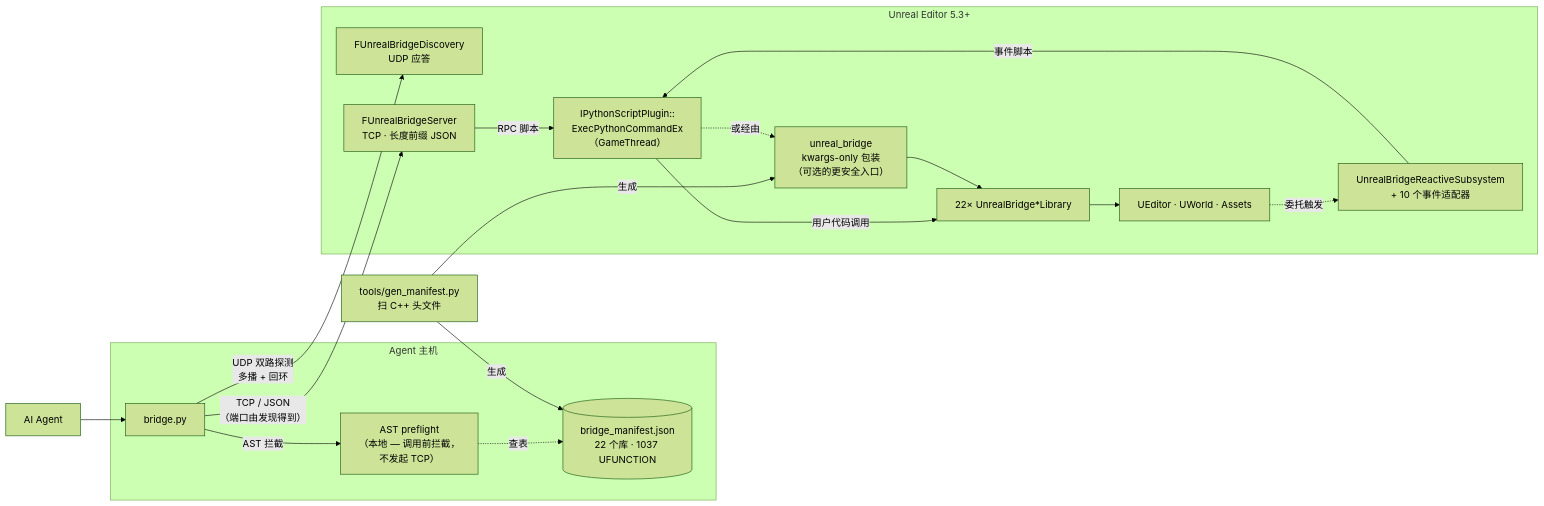
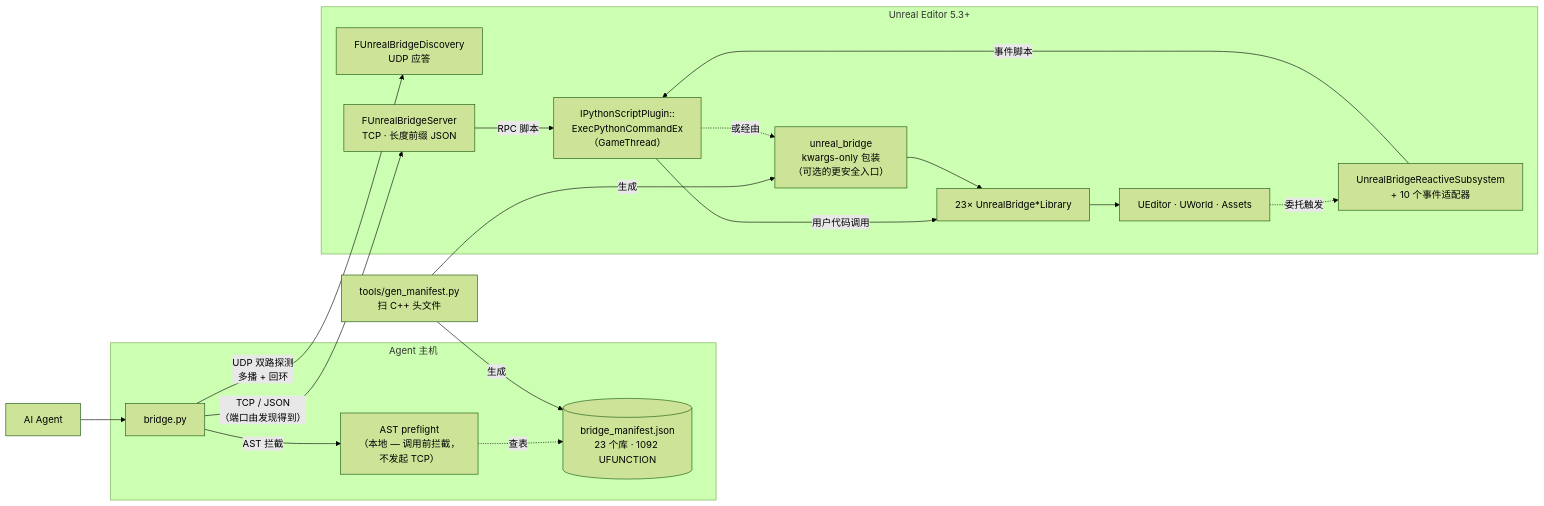
One commit to Tommy1213888/UnrealBridge changed the diagram in README.zh-CN.md. Above: the diagram before and after it, drawn with Mermaid (forest theme). The commit also changed other lines of this file and 13 other files, not shown here.

````diff
--- a/README.zh-CN.md
+++ b/README.zh-CN.md
@@ -41,40 +41,40 @@
 ```mermaid
 flowchart LR
     Agent["AI Agent"]
 
     subgraph Host["Agent 主机"]
       CLI["bridge.py"]
       Pre["AST preflight<br/>（本地 — 调用前拦截，<br/>不发起 TCP）"]
-      Mani[("bridge_manifest.json<br/>22 个库 · 1037 UFUNCTION")]
+      Mani[("bridge_manifest.json<br/>23 个库 · 1092 UFUNCTION")]
     end
 
     Gen["tools/gen_manifest.py<br/>扫 C++ 头文件"]
 
     subgraph UE["Unreal Editor 5.3+"]
       Disc["FUnrealBridgeDiscovery<br/>UDP 应答"]
       Server["FUnrealBridgeServer<br/>TCP · 长度前缀 JSON"]
       Reactive["UnrealBridgeReactiveSubsystem<br/>+ 10 个事件适配器"]
       Exec["IPythonScriptPlugin::<br/>ExecPythonCommandEx<br/>（GameThread）"]
       Wrap["unreal_bridge<br/>kwargs-only 包装<br/>（可选的更安全入口）"]
-      Libs["22× UnrealBridge*Library"]
+      Libs["23× UnrealBridge*Library"]
       Engine["UEditor · UWorld · Assets"]
     end
 
     Agent --> CLI
     CLI -- "AST 拦截" --> Pre
     Pre -. "查表" .-> Mani
 
     Gen -- "生成" --> Mani
     Gen -- "生成" --> Wrap
 
     CLI -- "UDP 双路探测<br/>多播 + 回环" --> Disc
     CLI -- "TCP / JSON<br/>（端口由发现得到）" --> Server
     Server -- "RPC 脚本" --> Exec
     Engine -. "委托触发" .-> Reactive
     Reactive -- "事件脚本" --> Exec
 
     Exec -- "用户代码调用" --> Libs
     Exec -. "或经由" .-> Wrap
     Wrap --> Libs
     Libs --> Engine
 ```
````
